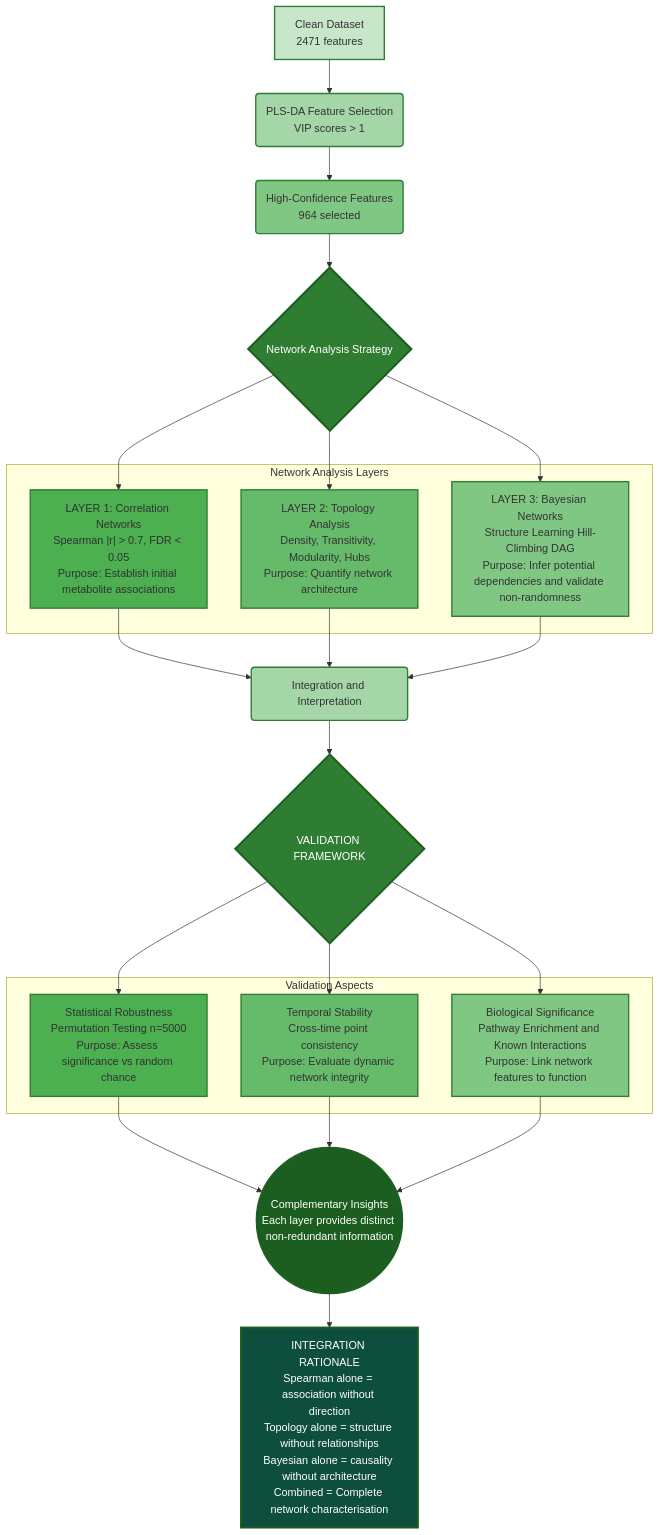
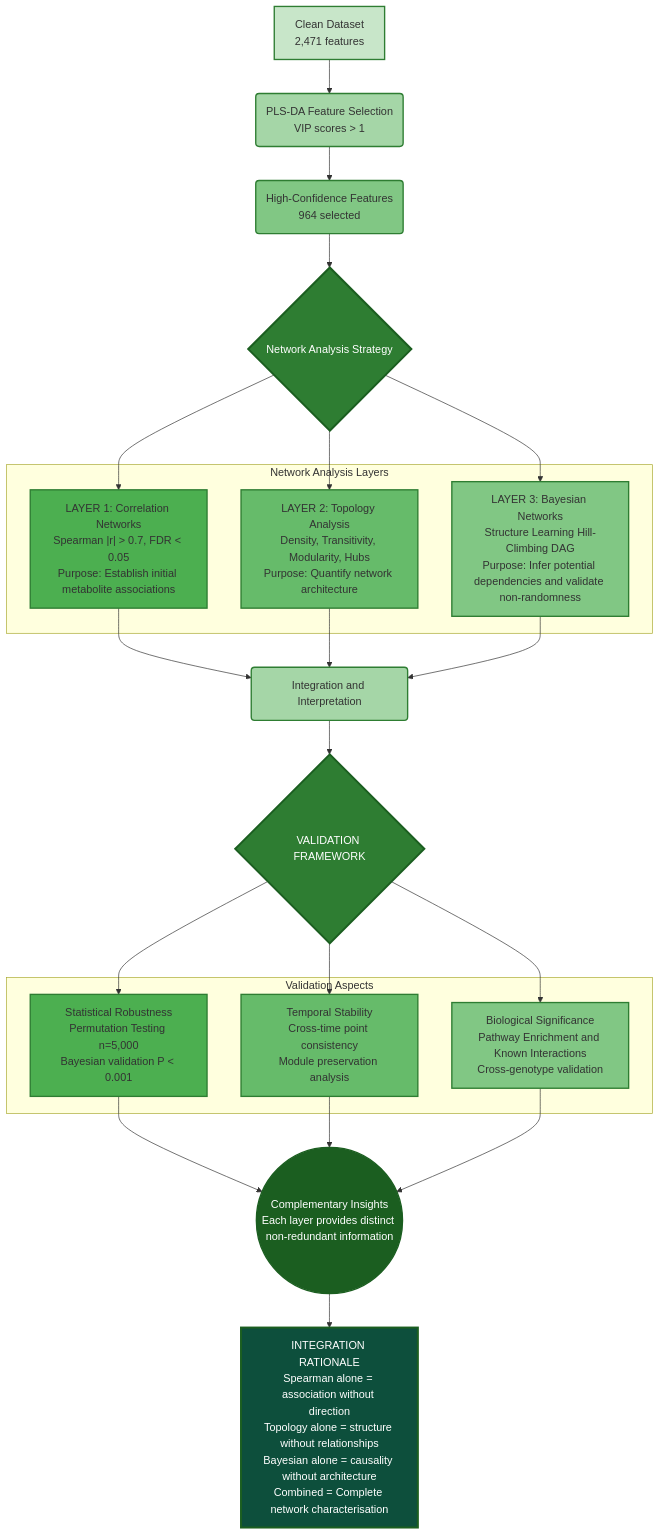
One commit to shoaibms/metabo changed the first of 2 diagrams in README.md. Above: the diagram before and after it, drawn with Mermaid. The commit also changed other lines of this file, not shown here.

````diff
--- a/README.md
+++ b/README.md
@@ -15,58 +17,58 @@
 ```mermaid
 graph TD
-    A["Clean Dataset<br/>2471 features"] --> B("PLS-DA Feature Selection<br/>VIP scores > 1")
+    A["Clean Dataset<br/>2,471 features"] --> B("PLS-DA Feature Selection<br/>VIP scores > 1")
     B --> C("High-Confidence Features<br/>964 selected")
     
     C --> D{"Network Analysis Strategy"}
     
     D --> E
     D --> F
     D --> G
 
     subgraph AnalysisLayers ["Network Analysis Layers"]
         E["LAYER 1: Correlation Networks<br/>Spearman |r| > 0.7, FDR < 0.05<br/>Purpose: Establish initial metabolite associations"]
         F["LAYER 2: Topology Analysis<br/>Density, Transitivity, Modularity, Hubs<br/>Purpose: Quantify network architecture"]
         G["LAYER 3: Bayesian Networks<br/>Structure Learning Hill-Climbing DAG<br/>Purpose: Infer potential dependencies and validate non-randomness"]
     end
     
     E --> H("Integration and Interpretation")
     F --> H
     G --> H
     
     H --> I{"VALIDATION FRAMEWORK"}
     
     I --> I1
     I --> I2
     I --> I3
 
     subgraph ValidationAspects ["Validation Aspects"]
-        I1["Statistical Robustness<br/>Permutation Testing n=5000<br/>Purpose: Assess significance vs random chance"]
-        I2["Temporal Stability<br/>Cross-time point consistency<br/>Purpose: Evaluate dynamic network integrity"]
-        I3["Biological Significance<br/>Pathway Enrichment and Known Interactions<br/>Purpose: Link network features to function"]
+        I1["Statistical Robustness<br/>Permutation Testing n=5,000<br/>Bayesian validation P < 0.001"]
+        I2["Temporal Stability<br/>Cross-time point consistency<br/>Module preservation analysis"]
+        I3["Biological Significance<br/>Pathway Enrichment and Known Interactions<br/>Cross-genotype validation"]
     end
     
     I1 --> J(("Complementary Insights<br/>Each layer provides distinct non-redundant information"))
     I2 --> J
     I3 --> J
     
     J --> K["INTEGRATION RATIONALE<br/>Spearman alone = association without direction<br/>Topology alone = structure without relationships<br/>Bayesian alone = causality without architecture<br/>Combined = Complete network characterisation"]
 
     style A fill:#c8e6c9,stroke:#2e7d32,stroke-width:2px
     style B fill:#a5d6a7,stroke:#2e7d32,stroke-width:2px
     style C fill:#81c784,stroke:#2e7d32,stroke-width:2px
     style D fill:#2e7d32,stroke:#1b5e20,stroke-width:3px,color:#fff
     
     style E fill:#4caf50,stroke:#2e7d32,stroke-width:2px
     style F fill:#66bb6a,stroke:#2e7d32,stroke-width:2px
     style G fill:#81c784,stroke:#2e7d32,stroke-width:2px
     
     style H fill:#a5d6a7,stroke:#2e7d32,stroke-width:2px
     style I fill:#2e7d32,stroke:#1b5e20,stroke-width:3px,color:#fff
     
     style I1 fill:#4caf50,stroke:#2e7d32,stroke-width:2px
     style I2 fill:#66bb6a,stroke:#2e7d32,stroke-width:2px
     style I3 fill:#81c784,stroke:#2e7d32,stroke-width:2px
     
     style J fill:#1b5e20,stroke:#1b5e20,stroke-width:2px,color:#fff
     style K fill:#0d4f3c,stroke:#1b5e20,stroke-width:3px,color:#fff
 ```
````
